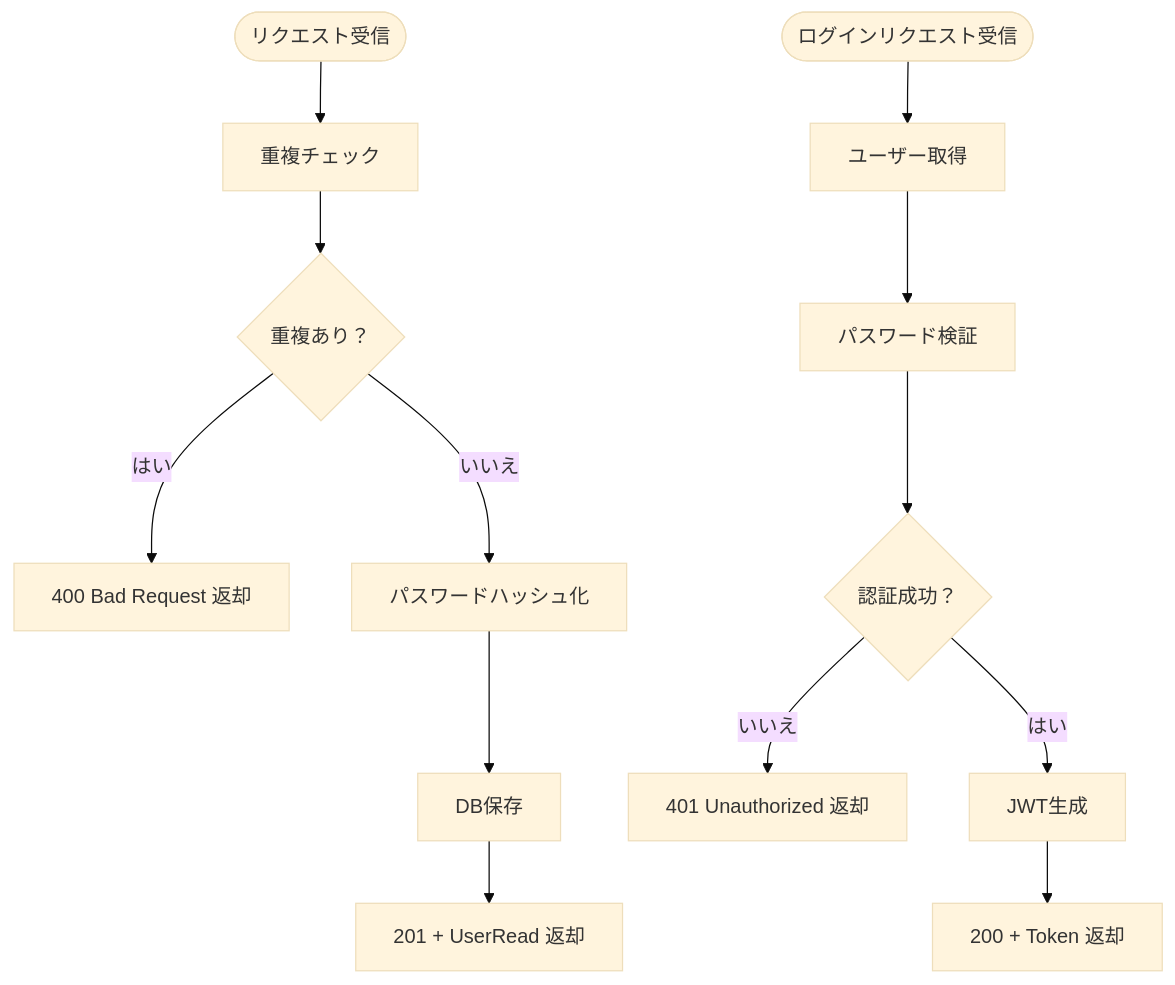
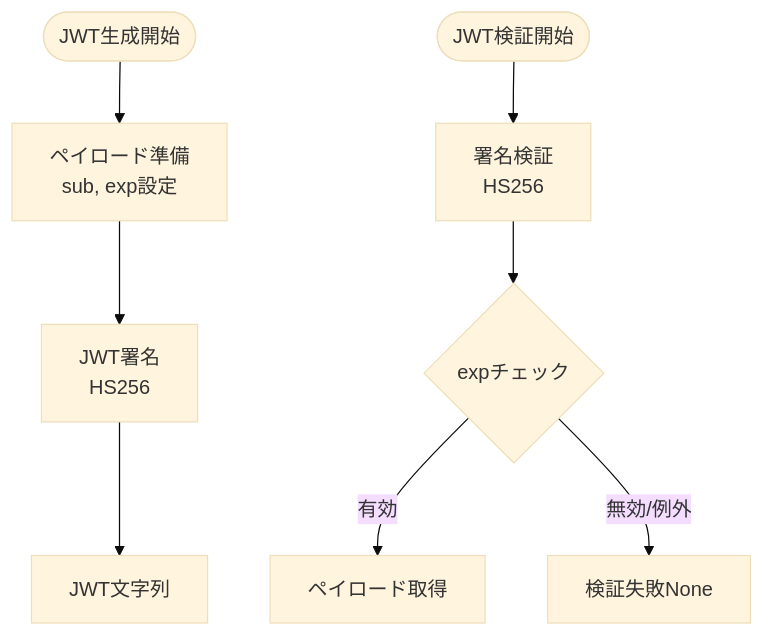
The third of 6 diagrams in .qoder/repowiki/ja/content/認証システム/認証システム.md (ss8806/Todos), drawn with Mermaid (base theme) before and after one commit. The commit also changed other lines of this file and 106 other files, not shown here.

````diff
--- a/.qoder/repowiki/ja/content/認証システム/認証システム.md
+++ b/.qoder/repowiki/ja/content/認証システム/認証システム.md
@@ -186,15 +198,10 @@
 ```mermaid
 flowchart TD
-Start(["リクエスト受信"]) --> CheckDup["重複チェック"]
-CheckDup --> Dup{"重複あり？"}
-Dup --> |はい| Err400["400 Bad Request 返却"]
-Dup --> |いいえ| Hash["パスワードハッシュ化"]
-Hash --> Save["DB保存"]
-Save --> Created["201 + UserRead 返却"]
-LoginStart(["ログインリクエスト受信"]) --> Fetch["ユーザー取得"]
-Fetch --> Verify["パスワード検証"]
-Verify --> Valid{"認証成功？"}
-Valid --> |いいえ| Err401["401 Unauthorized 返却"]
-Valid --> |はい| MakeToken["JWT生成"]
-MakeToken --> Ok["200 + Token 返却"]
+Start(["JWT生成開始"]) --> Prepare["ペイロード準備<br/>sub, exp設定"]
+Prepare --> Encode["JWT署名<br/>HS256"]
+Encode --> Token["JWT文字列"]
+DecodeStart(["JWT検証開始"]) --> Decode["署名検証<br/>HS256"]
+Decode --> ExpCheck{"expチェック"}
+ExpCheck --> |有効| Payload["ペイロード取得"]
+ExpCheck --> |無効/例外| Fail["検証失敗None"]
 ```
````
